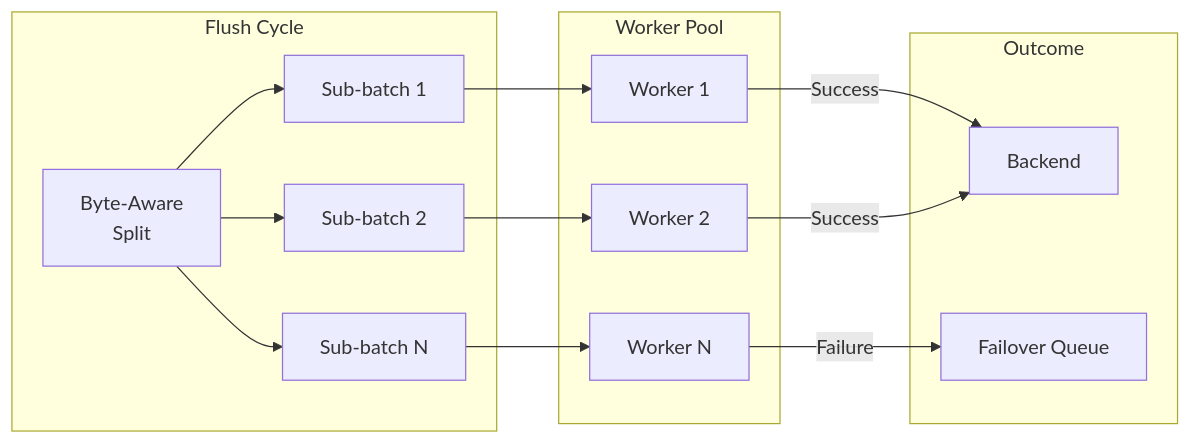
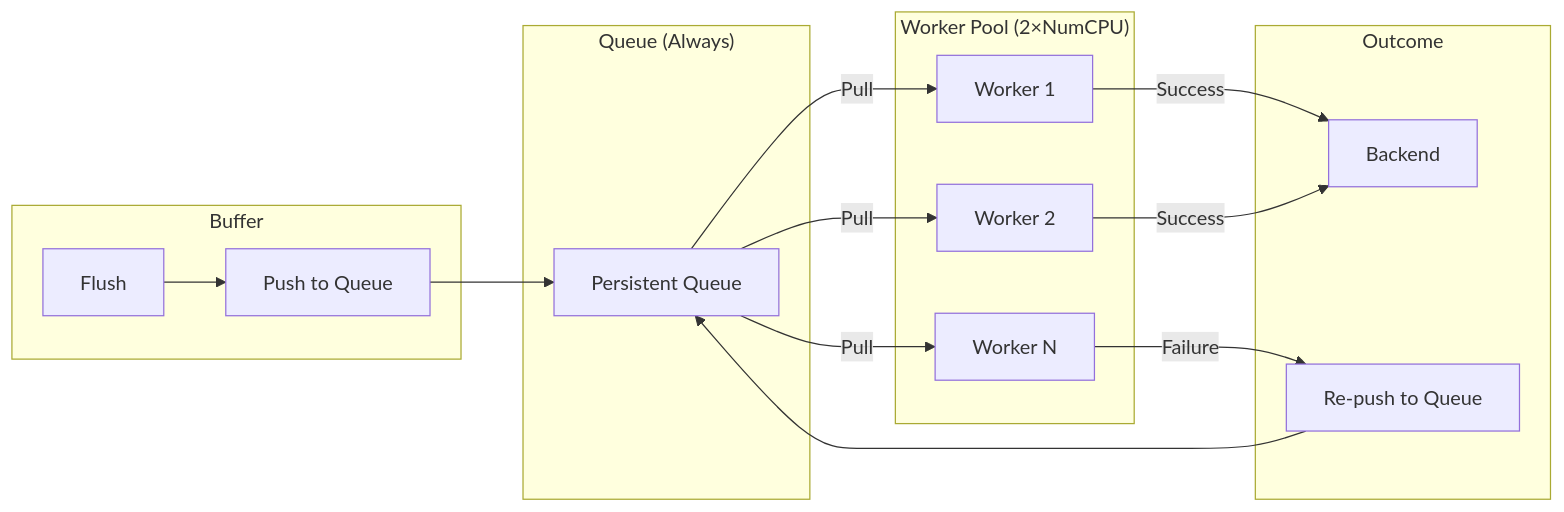
Before and after one commit to szibis/metrics-governor: the fifth of 11 diagrams in docs/performance.md, drawn with Mermaid. The commit also changed other lines of this file and 41 other files, not shown here.

````diff
--- a/docs/performance.md
+++ b/docs/performance.md
@@ -287,23 +290,27 @@
 ```mermaid
 flowchart LR
-    subgraph "Flush Cycle"
-        SPLIT[Byte-Aware<br/>Split] --> B1[Sub-batch 1]
-        SPLIT --> B2[Sub-batch 2]
-        SPLIT --> BN[Sub-batch N]
+    subgraph "Buffer"
+        FLUSH[Flush] --> PUSH[Push to Queue]
     end
 
-    subgraph "Worker Pool"
+    subgraph "Queue (Always)"
+        Q[Persistent Queue]
+    end
+
+    subgraph "Worker Pool (2×NumCPU)"
         W1[Worker 1]
         W2[Worker 2]
         WN[Worker N]
     end
 
     subgraph "Outcome"
         BE[Backend]
-        FQ[Failover Queue]
+        RETRY[Re-push to Queue]
     end
 
-    B1 --> W1 -->|Success| BE
-    B2 --> W2 -->|Success| BE
-    BN --> WN -->|Failure| FQ
+    PUSH --> Q
+    Q -->|Pull| W1 -->|Success| BE
+    Q -->|Pull| W2 -->|Success| BE
+    Q -->|Pull| WN -->|Failure| RETRY
+    RETRY --> Q
 ```
````
